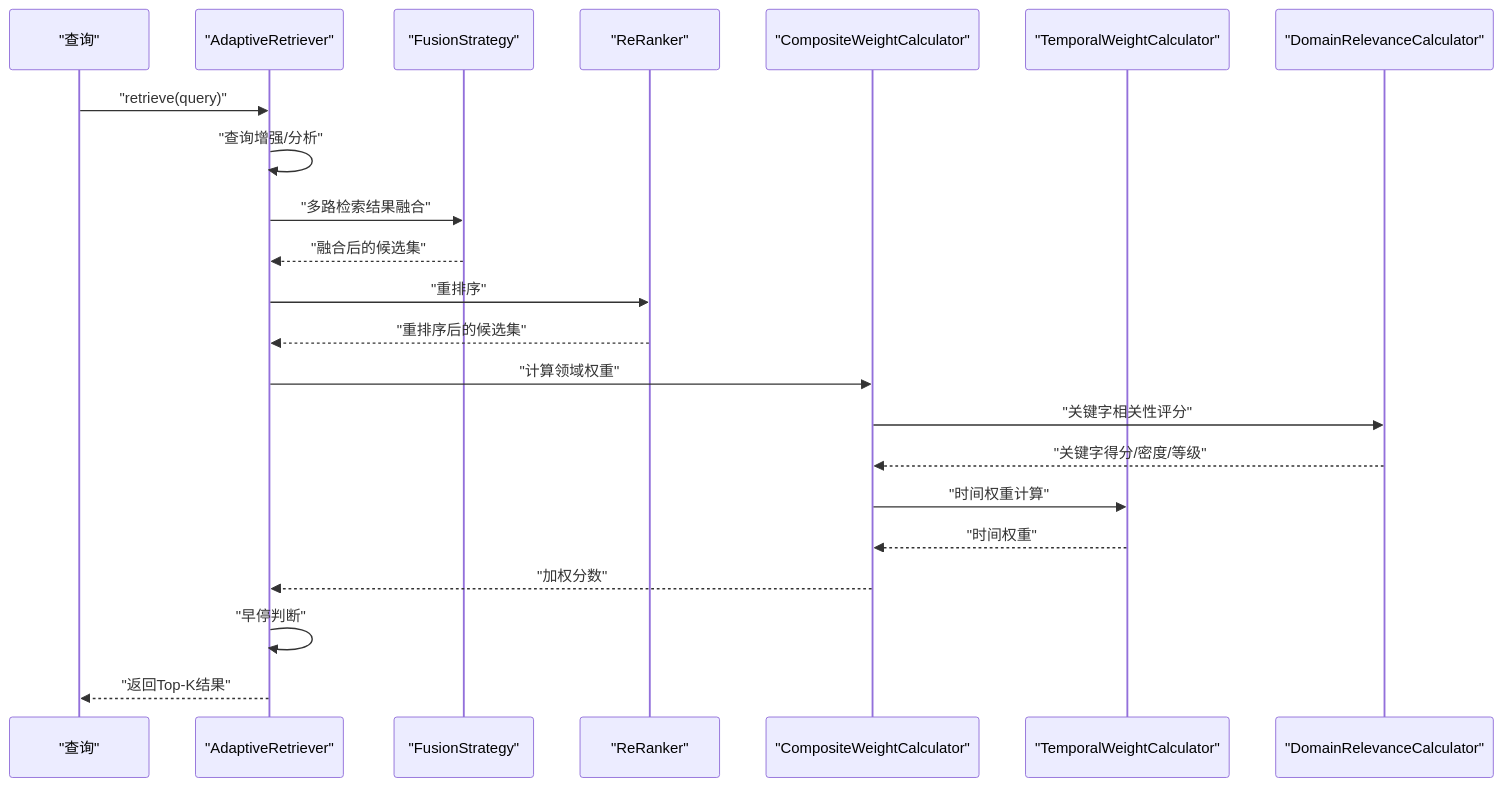
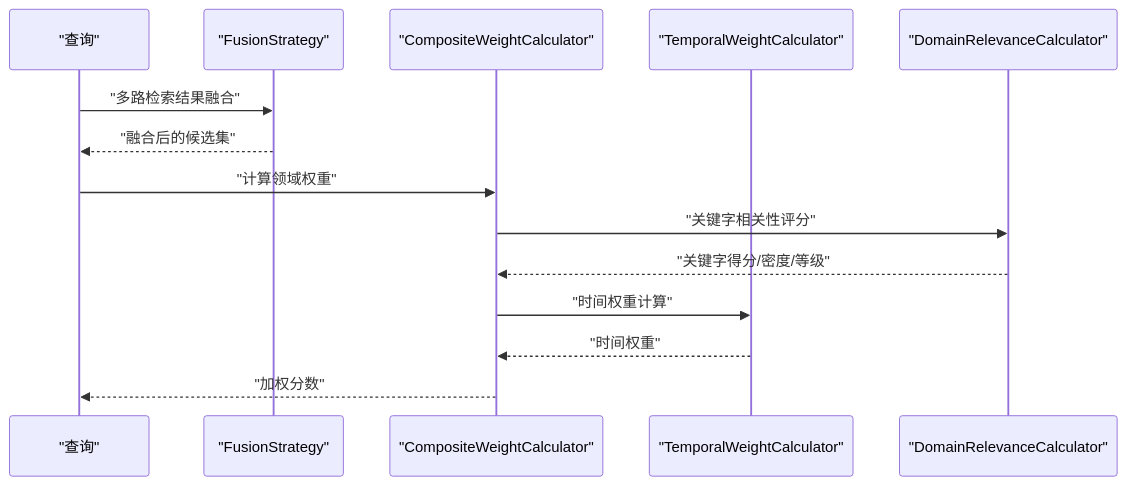
Before and after one commit to JieGaoPrinceton/NecoRAG: the second of 7 diagrams in .qoder/repowiki/zh/content/领域权重系统.md, drawn with Mermaid. The commit also changed other lines of this file and 181 other files, not shown here.

````diff
--- a/.qoder/repowiki/zh/content/领域权重系统.md
+++ b/.qoder/repowiki/zh/content/领域权重系统.md
@@ -93,24 +81,16 @@
 ```mermaid
 sequenceDiagram
 participant Q as "查询"
-participant AR as "AdaptiveRetriever"
 participant FS as "FusionStrategy"
-participant RR as "ReRanker"
 participant CWC as "CompositeWeightCalculator"
 participant TW as "TemporalWeightCalculator"
 participant REL as "DomainRelevanceCalculator"
-Q->>AR : "retrieve(query)"
-AR->>AR : "查询增强/分析"
-AR->>FS : "多路检索结果融合"
-FS-->>AR : "融合后的候选集"
-AR->>RR : "重排序"
-RR-->>AR : "重排序后的候选集"
-AR->>CWC : "计算领域权重"
+Q->>FS : "多路检索结果融合"
+FS-->>Q : "融合后的候选集"
+Q->>CWC : "计算领域权重"
 CWC->>REL : "关键字相关性评分"
 REL-->>CWC : "关键字得分/密度/等级"
 CWC->>TW : "时间权重计算"
 TW-->>CWC : "时间权重"
-CWC-->>AR : "加权分数"
-AR->>AR : "早停判断"
-AR-->>Q : "返回Top-K结果"
+CWC-->>Q : "加权分数"
 ```
````
